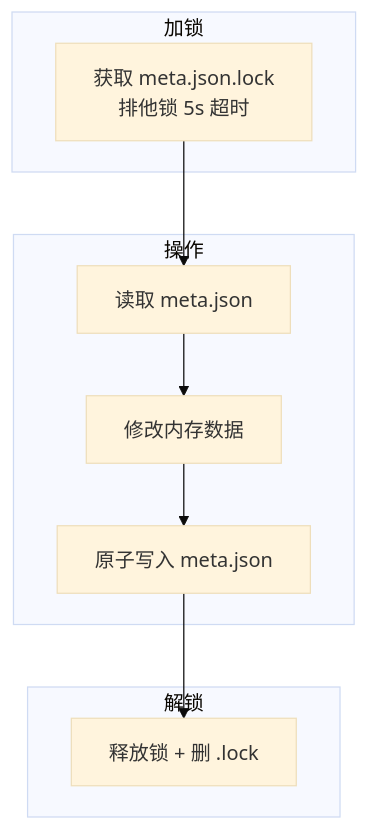
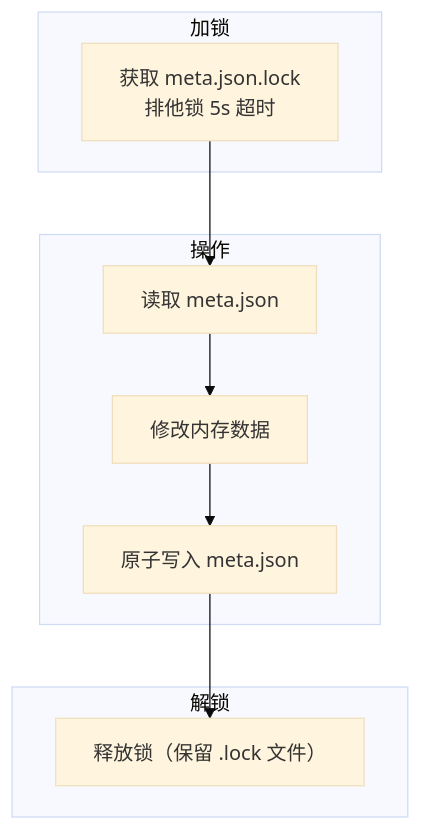
The sixth of 6 diagrams in docs/requirement-mgr-guide.md (HACK-WU/skills), drawn with Mermaid (base theme) before and after one commit. The commit also changed other lines of this file and 27 other files, not shown here.

````diff
--- a/docs/requirement-mgr-guide.md
+++ b/docs/requirement-mgr-guide.md
@@ -763,18 +770,18 @@
 ```mermaid
 flowchart TB
     subgraph 加锁
         L1["获取 meta.json.lock<br/>排他锁 5s 超时"]
     end
     
     subgraph 操作
         R["读取 meta.json"]
         M["修改内存数据"]
         W["原子写入 meta.json"]
     end
     
     subgraph 解锁
-        U["释放锁 + 删 .lock"]
+        U["释放锁（保留 .lock 文件）"]
     end
     
     L1 --> R --> M --> W --> U
 ```
````
